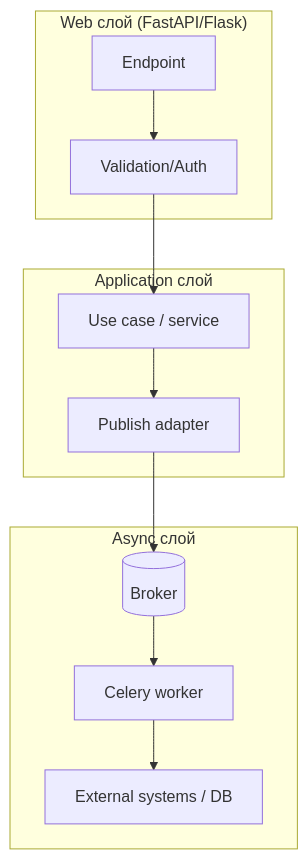
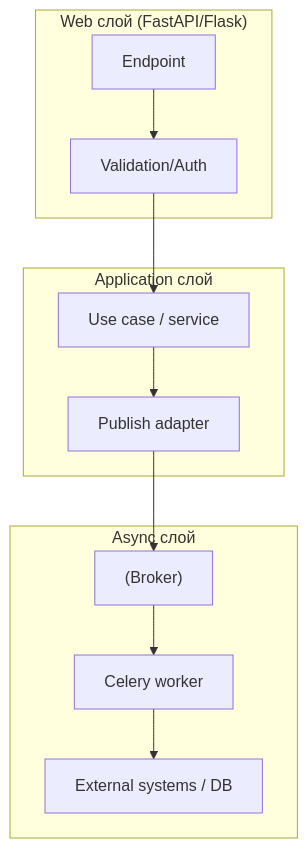
Before and after one commit to DDoSKudya/ai-study-atlas: the first of 2 diagrams in directions/services/celery/pact/19_integraciya_s_fastapi_flask_i_drugimi_python_servisami/12_19_19_3_obshchee_dlya_web_backends.md, drawn with Mermaid. The commit also changed 322 other files, not shown here.

Commit message:
fix(docs): make mermaid diagrams GitHub-compatible across directions content

````diff
--- a/directions/services/celery/pact/19_integraciya_s_fastapi_flask_i_drugimi_python_servisami/12_19_19_3_obshchee_dlya_web_backends.md
+++ b/directions/services/celery/pact/19_integraciya_s_fastapi_flask_i_drugimi_python_servisami/12_19_19_3_obshchee_dlya_web_backends.md
@@ -56,17 +56,17 @@
 ```mermaid
 flowchart TB
   subgraph web["Web слой (FastAPI/Flask)"]
-    EP[Endpoint]
-    VAL[Validation/Auth]
+    EP["Endpoint"]
+    VAL["Validation/Auth"]
   end
   subgraph app["Application слой"]
-    UC[Use case / service]
-    PUB[Publish adapter]
+    UC["Use case / service"]
+    PUB["Publish adapter"]
   end
   subgraph async["Async слой"]
-    BR[(Broker)]
-    WK[Celery worker]
-    EX[External systems / DB]
+    BR["(Broker)"]
+    WK["Celery worker"]
+    EX["External systems / DB"]
   end
   EP --> VAL --> UC --> PUB --> BR --> WK --> EX
 ```
````
